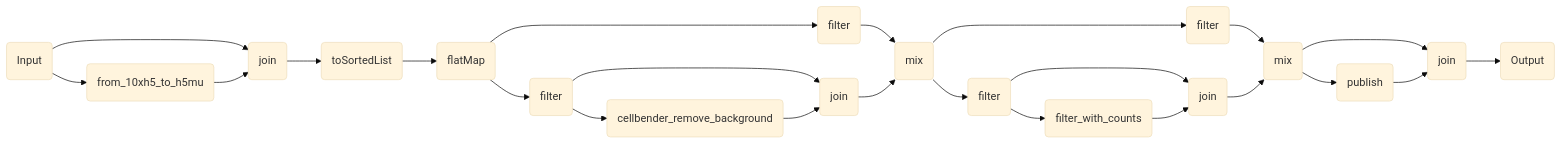
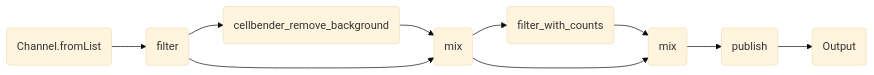
Before and after one commit to openpipelines-bio/website: the diagram in components/workflows/ingestion/cellranger_postprocessing.qmd, drawn with Mermaid (base theme). The commit also changed other lines of this file and 143 other files, not shown here.

````diff
--- a/components/workflows/ingestion/cellranger_postprocessing.qmd
+++ b/components/workflows/ingestion/cellranger_postprocessing.qmd
@@ -117,46 +117,22 @@
 ```{mermaid}
 %%| column: screen-inset-shaded
 flowchart LR
-    v0(Input)
-    v6(from_10xh5_to_h5mu)
-    v8(join)
-    v12(toSortedList)
-    v14(flatMap)
-    v15(filter)
-    v21(cellbender_remove_background)
-    v23(join)
-    v27(mix)
-    v26(filter)
-    v28(filter)
-    v34(filter_with_counts)
-    v36(join)
-    v40(mix)
-    v39(filter)
-    v46(publish)
-    v48(join)
-    v54(Output)
-    v14-->v15
-    v14-->v26
-    v26-->v27
-    v27-->v28
-    v27-->v39
-    v39-->v40
-    v0-->v8
-    v0-->v6
-    v6-->v8
-    v8-->v12
-    v12-->v14
-    v15-->v23
-    v15-->v21
-    v21-->v23
-    v23-->v27
-    v28-->v36
-    v28-->v34
-    v34-->v36
-    v36-->v40
-    v40-->v48
-    v40-->v46
-    v46-->v48
-    v48-->v54
+    v0(Channel.fromList)
+    v2(filter)
+    v18(cellbender_remove_background)
+    v31(mix)
+    v41(filter_with_counts)
+    v54(mix)
+    v63(publish)
+    v90(Output)
+    v0-->v2
+    v2-->v18
+    v18-->v31
+    v2-->v31
+    v31-->v41
+    v41-->v54
+    v31-->v54
+    v54-->v63
+    v63-->v90
 
 ```
````
